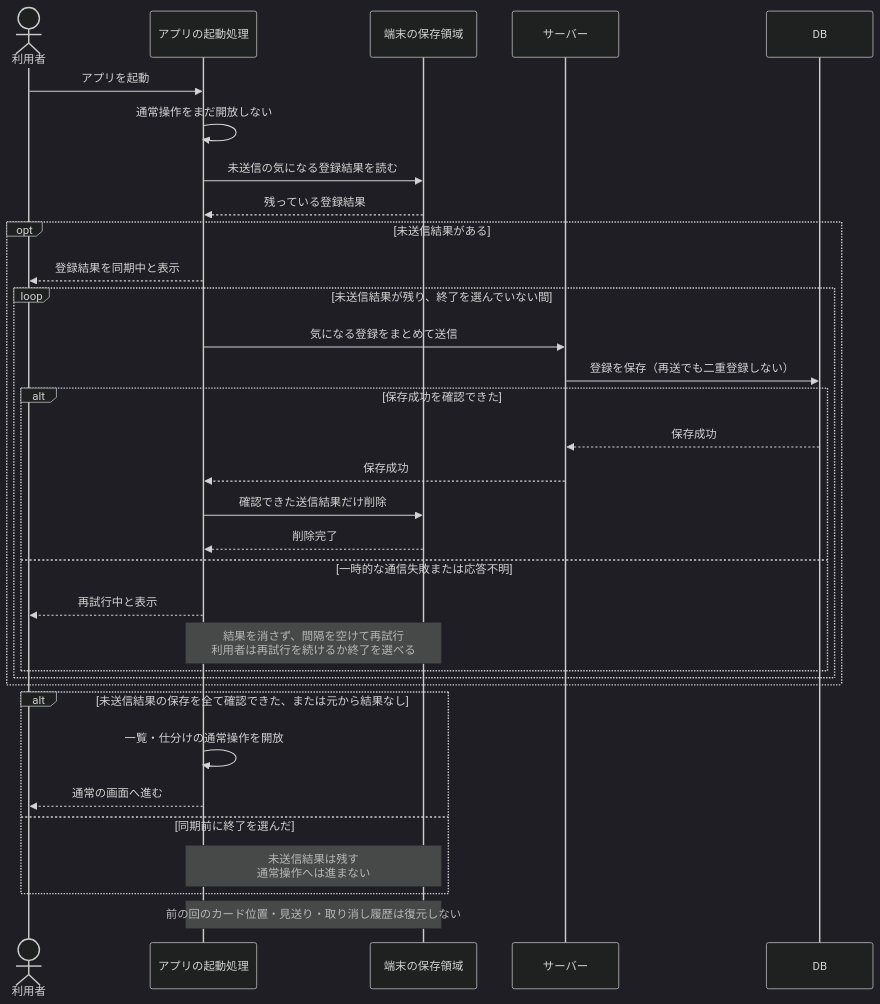
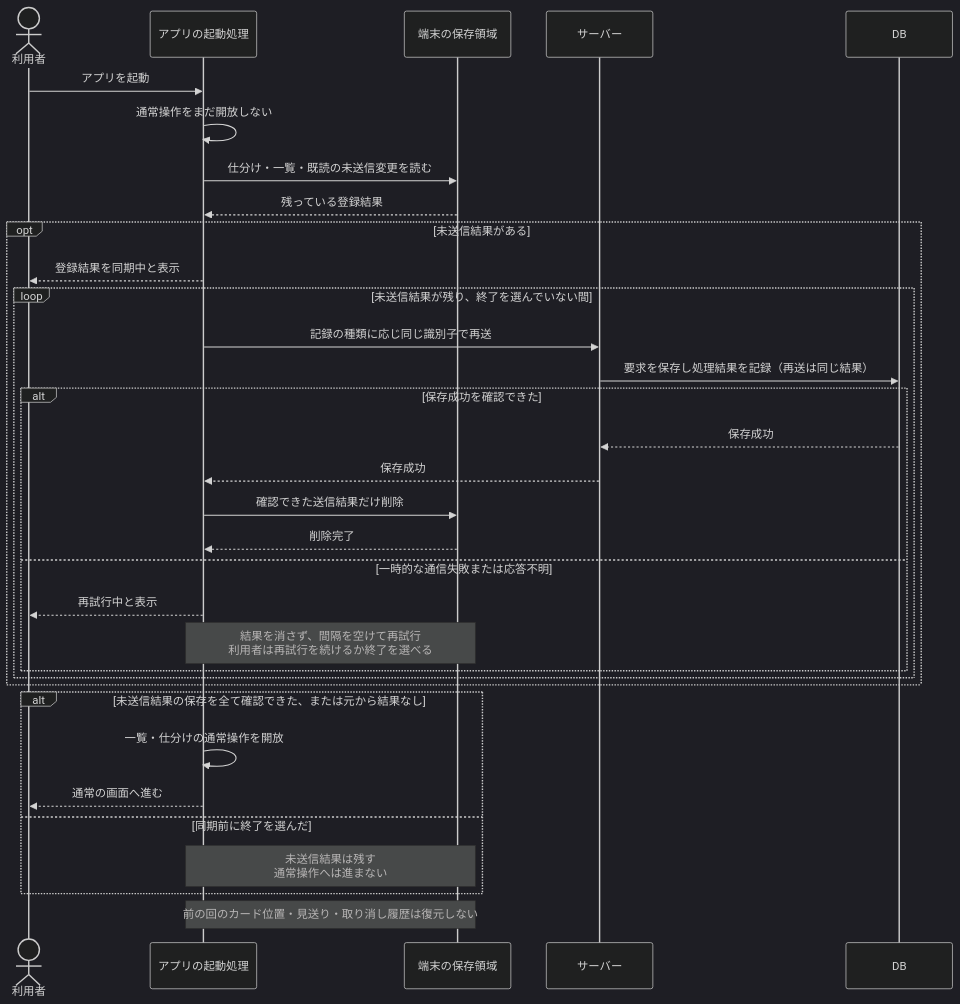
The fourth of 6 diagrams in docs/sequences.md (BeppuKanato/it-discovery), drawn with Mermaid (dark theme) before and after one commit. The commit also changed other lines of this file and 5 other files, not shown here.

Commit message:
docs: 確定ルールに合わせて状態遷移とシーケンス・クラス図を更新する

````diff
--- a/docs/sequences.md
+++ b/docs/sequences.md
@@ -171,37 +171,37 @@
 ```mermaid
 sequenceDiagram
     actor User as 利用者
     participant App as アプリの起動処理
     participant Local as 端末の保存領域
     participant Server as サーバー
     participant DB as DB
 
     User->>App: アプリを起動
     App->>App: 通常操作をまだ開放しない
-    App->>Local: 未送信の気になる登録結果を読む
+    App->>Local: 仕分け・一覧・既読の未送信変更を読む
     Local-->>App: 残っている登録結果
 
     opt 未送信結果がある
         App-->>User: 登録結果を同期中と表示
         loop 未送信結果が残り、終了を選んでいない間
-            App->>Server: 気になる登録をまとめて送信
-            Server->>DB: 登録を保存（再送でも二重登録しない）
+            App->>Server: 記録の種類に応じ同じ識別子で再送
+            Server->>DB: 要求を保存し処理結果を記録（再送は同じ結果）
             alt 保存成功を確認できた
                 DB-->>Server: 保存成功
                 Server-->>App: 保存成功
                 App->>Local: 確認できた送信結果だけ削除
                 Local-->>App: 削除完了
             else 一時的な通信失敗または応答不明
                 App-->>User: 再試行中と表示
                 Note over App,Local: 結果を消さず、間隔を空けて再試行<br/>利用者は再試行を続けるか終了を選べる
             end
         end
     end
     alt 未送信結果の保存を全て確認できた、または元から結果なし
         App->>App: 一覧・仕分けの通常操作を開放
         App-->>User: 通常の画面へ進む
     else 同期前に終了を選んだ
         Note over App,Local: 未送信結果は残す<br/>通常操作へは進まない
     end
     Note over App,Local: 前の回のカード位置・見送り・取り消し履歴は復元しない
 ```
````
